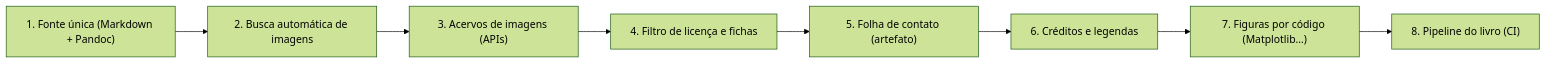
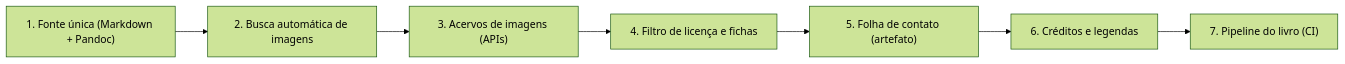
Before and after one commit to AlanMateus17/dev-setup: diagram 11 of 13 in docs/fluxos.md, drawn with Mermaid (forest theme). The commit also changed other lines of this file and 38 other files, not shown here.

````diff
--- a/docs/fluxos.md
+++ b/docs/fluxos.md
@@ -321,18 +324,16 @@
 ```mermaid
 flowchart LR
   s0["1. Fonte única (Markdown + Pandoc)"]
   s1["2. Busca automática de imagens"]
   s2["3. Acervos de imagens (APIs)"]
   s3["4. Filtro de licença e fichas"]
   s4["5. Folha de contato (artefato)"]
   s5["6. Créditos e legendas"]
-  s6["7. Figuras por código (Matplotlib…)"]
-  s7["8. Pipeline do livro (CI)"]
+  s6["7. Pipeline do livro (CI)"]
   s0 --> s1
   s1 --> s2
   s2 --> s3
   s3 --> s4
   s4 --> s5
   s5 --> s6
-  s6 --> s7
 ```
````
